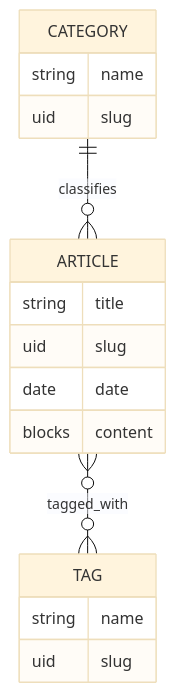
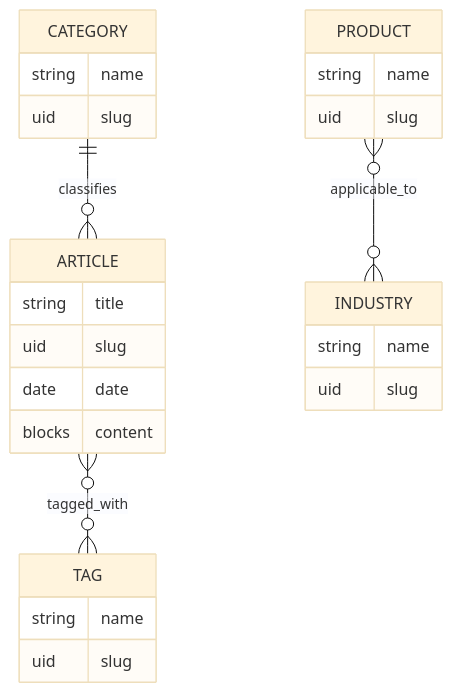
The diagram in README.md (PutuRivan/training-strapi), drawn with Mermaid (base theme) before and after one commit. The commit also changed other lines of this file and 6 other files, not shown here.

````diff
--- a/README.md
+++ b/README.md
@@ -247,22 +261,33 @@
 ```mermaid
 erDiagram
     CATEGORY ||--o{ ARTICLE : classifies
     ARTICLE }o--o{ TAG : tagged_with
+    PRODUCT }o--o{ INDUSTRY : applicable_to
 
     CATEGORY {
         string name
         uid slug
     }
 
     ARTICLE {
         string title
         uid slug
         date date
         blocks content
     }
 
     TAG {
         string name
         uid slug
     }
+
+    PRODUCT {
+        string name
+        uid slug
+    }
+
+    INDUSTRY {
+        string name
+        uid slug
+    }
 ```
````
